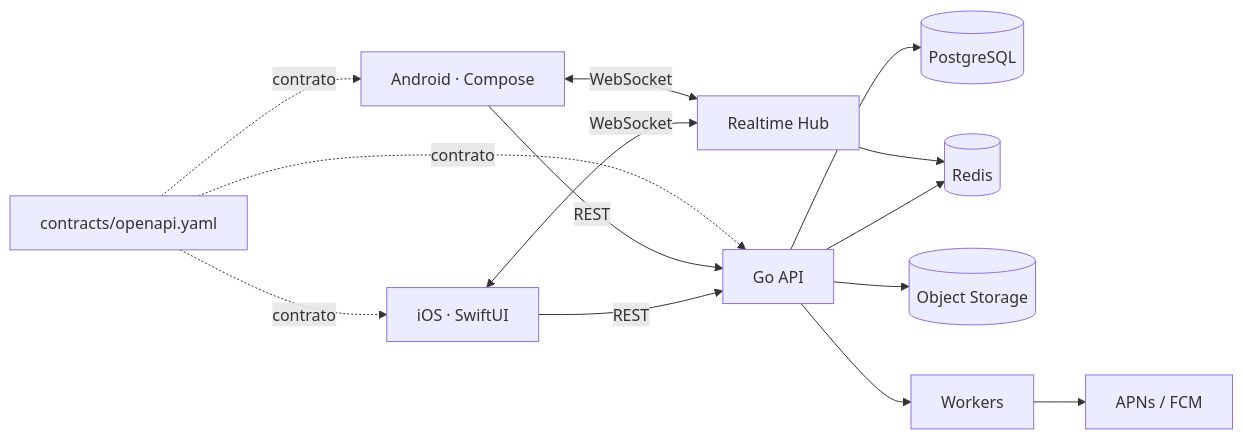
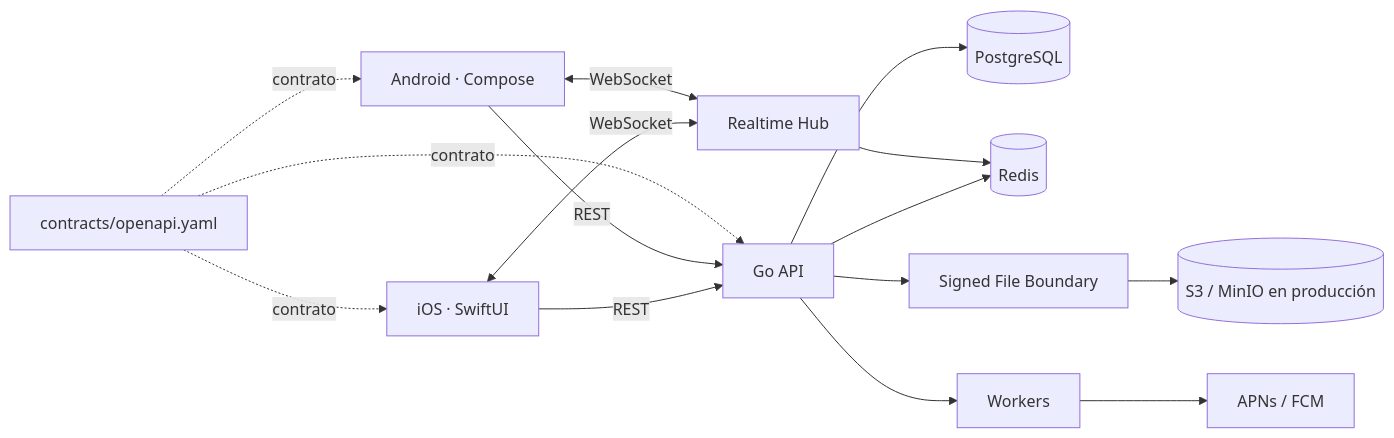
One commit to armaabetancourtt/pixelgo changed the diagram in README.es.md. Above: the diagram before and after it, drawn with Mermaid. The commit also changed other lines of this file, not shown here.

Commit message:
docs: sync Spanish README with implemented architecture

````diff
--- a/README.es.md
+++ b/README.es.md
@@ -105,18 +116,19 @@
 ```mermaid
 flowchart LR
     I[iOS · SwiftUI] -->|REST| API[Go API]
     A[Android · Compose] -->|REST| API
     I <--> |WebSocket| RT[Realtime Hub]
     A <--> |WebSocket| RT
 
     API --> PG[(PostgreSQL)]
     API --> R[(Redis)]
-    API --> O[(Object Storage)]
+    API --> FS[Signed File Boundary]
+    FS --> O[(S3 / MinIO en producción)]
     API --> W[Workers]
     W --> P[APNs / FCM]
     RT --> R
 
     C[contracts/openapi.yaml] -. contrato .-> I
     C -. contrato .-> A
     C -. contrato .-> API
 ```
````
